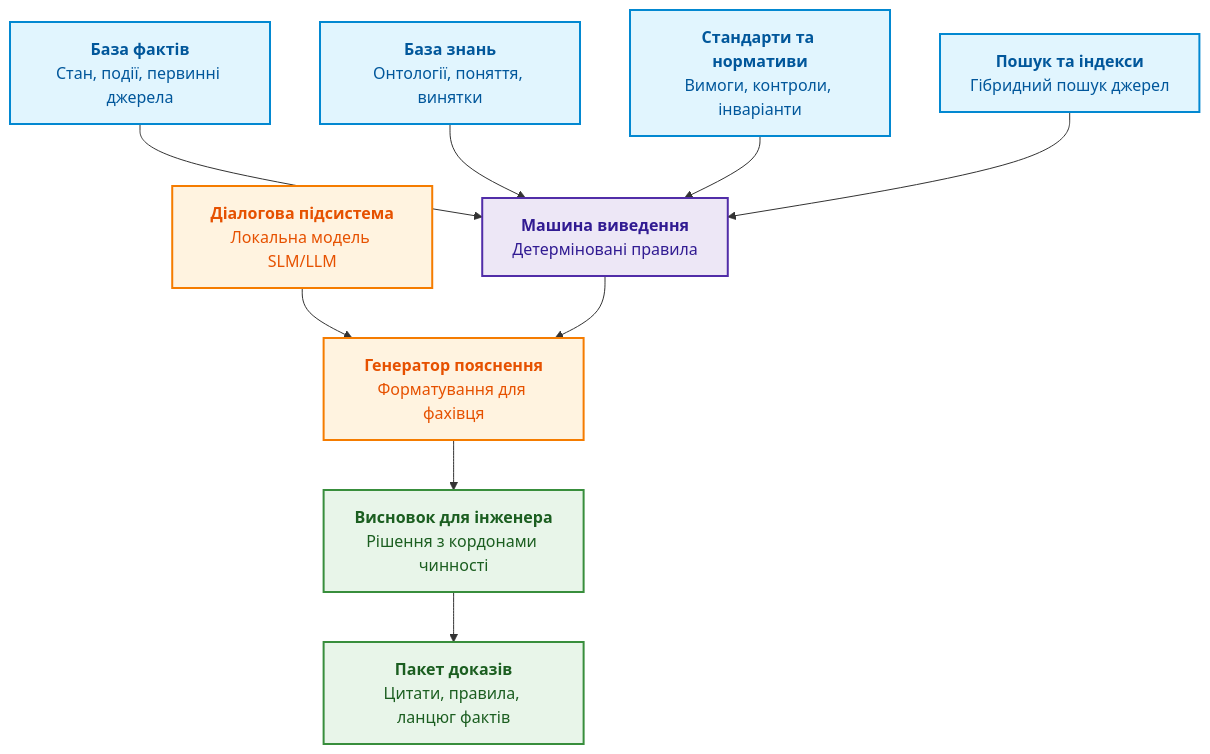
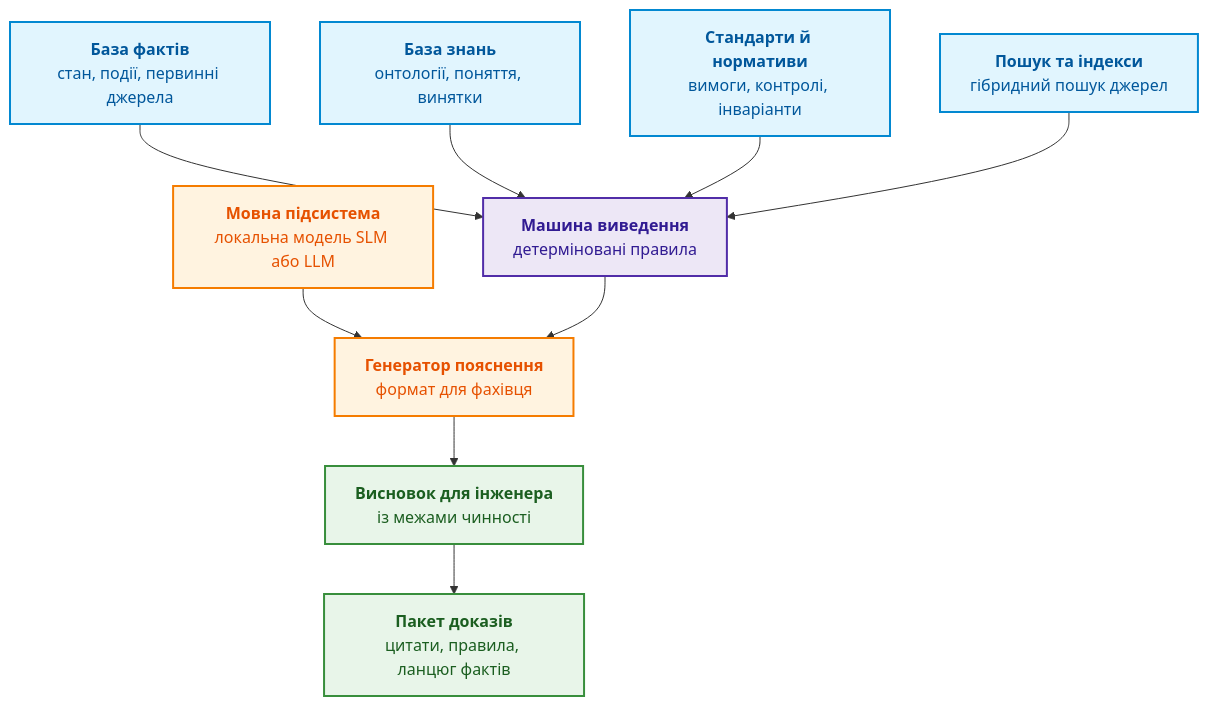
The second of 6 diagrams in ExpertSystem/ch25-how-expert-systems-learn.md (nick-fedchik/articles), drawn with Mermaid before and after one commit. The commit also changed other lines of this file, not shown here.

````diff
--- a/ExpertSystem/ch25-how-expert-systems-learn.md
+++ b/ExpertSystem/ch25-how-expert-systems-learn.md
@@ -182,24 +114,24 @@
 ```mermaid
 flowchart TB
-    accTitle: Архітектурні шари виведення та пояснення
-    accDescr: Відокремлення бази фактів, правил виведення, пошуку та діалогової моделі генерації пояснення.
+    accTitle: Шари експертної системи, які можна навчати
+    accDescr: База фактів, база знань, стандарти й пошук живлять машину виведення, а мовна підсистема лише формує пояснення результату виведення для інженера разом із пакетом доказів.
 
-    Facts["<b>База фактів</b><br/>Стан, події, первинні джерела"] --> Reasoning["<b>Машина виведення</b><br/>Детерміновані правила"]
-    Knowledge["<b>База знань</b><br/>Онтології, поняття, винятки"] --> Reasoning
-    Standards["<b>Стандарти та нормативи</b><br/>Вимоги, контроли, інваріанти"] --> Reasoning
-    Search["<b>Пошук та індекси</b><br/>Гібридний пошук джерел"] --> Reasoning
-    Model["<b>Діалогова підсистема</b><br/>Локальна модель SLM/LLM"] --> Explanation["<b>Генератор пояснення</b><br/>Форматування для фахівця"]
+    Facts["<b>База фактів</b><br/>стан, події, первинні джерела"] --> Reasoning["<b>Машина виведення</b><br/>детерміновані правила"]
+    Knowledge["<b>База знань</b><br/>онтології, поняття, винятки"] --> Reasoning
+    Standards["<b>Стандарти й нормативи</b><br/>вимоги, контролі, інваріанти"] --> Reasoning
+    Search["<b>Пошук та індекси</b><br/>гібридний пошук джерел"] --> Reasoning
+    Model["<b>Мовна підсистема</b><br/>локальна модель SLM або LLM"] --> Explanation["<b>Генератор пояснення</b><br/>формат для фахівця"]
     Reasoning --> Explanation
-    Explanation --> Decision["<b>Висновок для інженера</b><br/>Рішення з кордонами чинності"]
-    Decision --> Evidence["<b>Пакет доказів</b><br/>Цитати, правила, ланцюг фактів"]
+    Explanation --> Decision["<b>Висновок для інженера</b><br/>із межами чинності"]
+    Decision --> Evidence["<b>Пакет доказів</b><br/>цитати, правила, ланцюг фактів"]
 
     classDef kb fill:#e1f5fe,stroke:#0288d1,stroke-width:2px,color:#01579b;
     classDef inf fill:#ede7f6,stroke:#512da8,stroke-width:2px,color:#311b92;
     classDef llm fill:#fff3e0,stroke:#f57c00,stroke-width:2px,color:#e65100;
     classDef out fill:#e8f5e9,stroke:#388e3c,stroke-width:2px,color:#1b5e20;
 
     class Facts,Knowledge,Standards,Search kb;
     class Reasoning inf;
     class Model,Explanation llm;
     class Decision,Evidence out;
 ```
````
